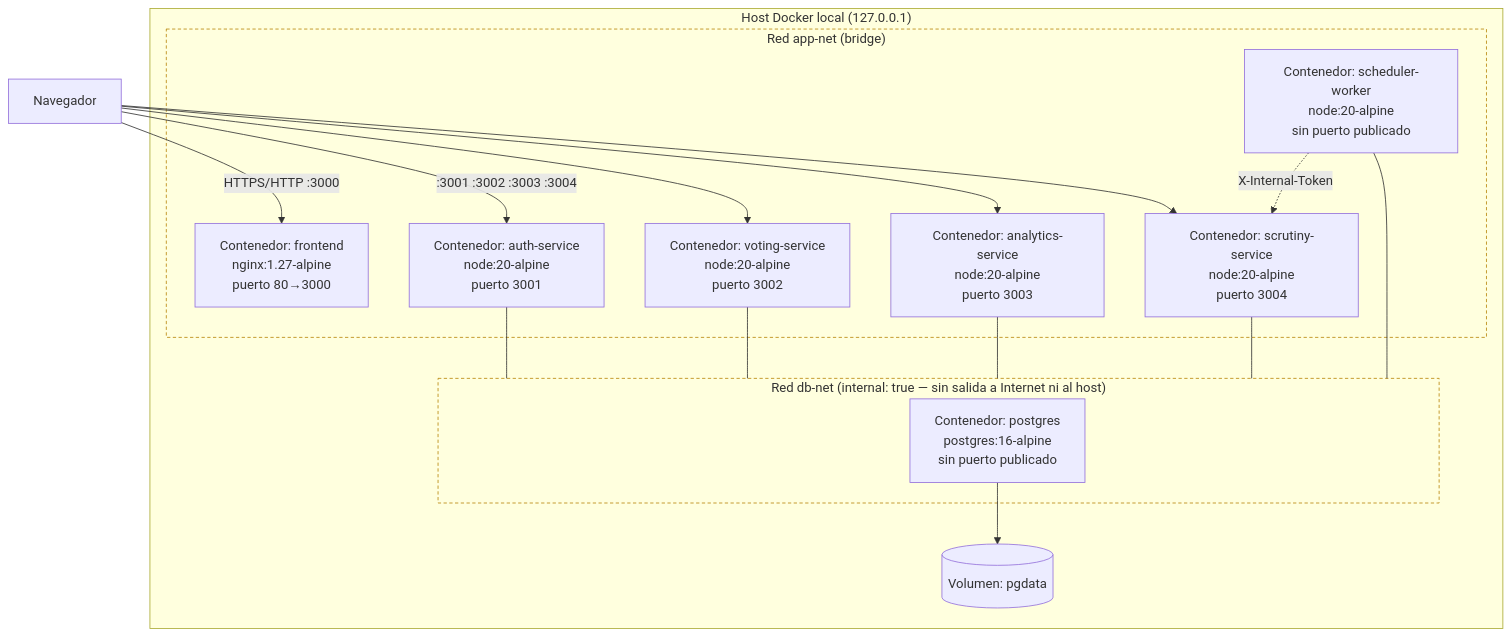
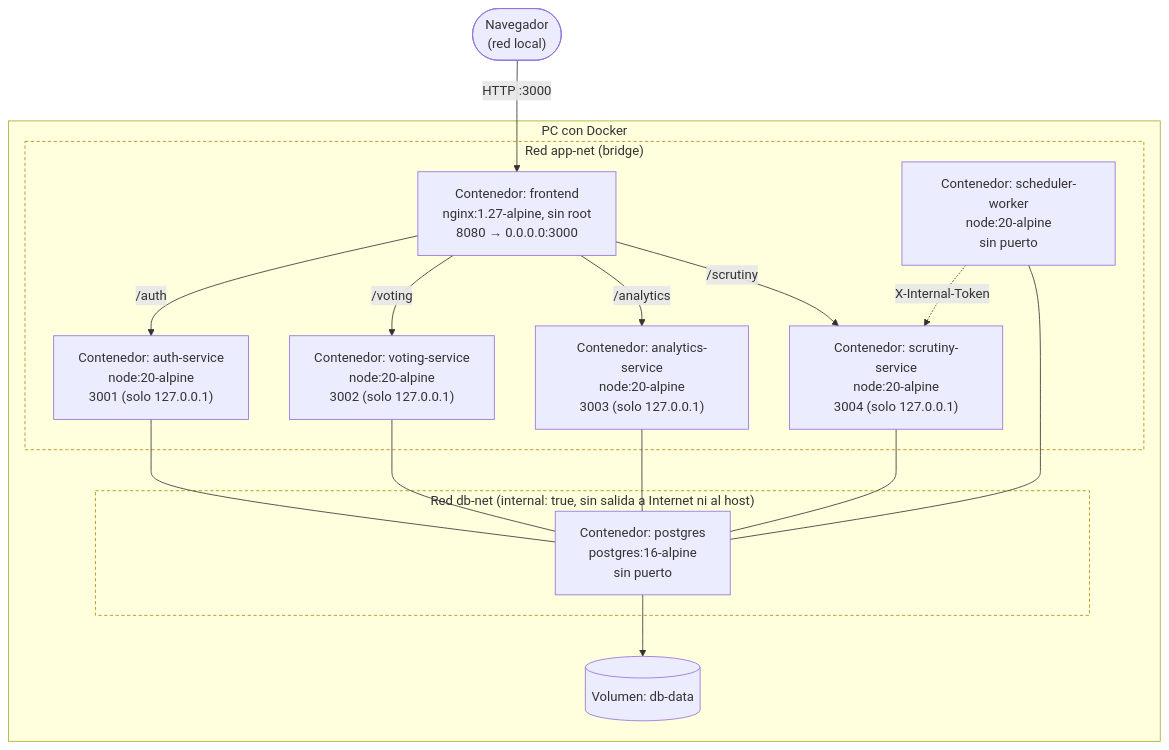
The second of 5 diagrams in docs/manual-arquitectura.md (NicolasPineda1421/LiveMetric), drawn with Mermaid before and after one commit. The commit also changed other lines of this file, not shown here.

````diff
--- a/docs/manual-arquitectura.md
+++ b/docs/manual-arquitectura.md
@@ -149,35 +149,37 @@
 ```mermaid
 graph TB
-    subgraph Host["Host Docker local (127.0.0.1)"]
+    Navegador(["Navegador<br/>(red local)"])
+
+    subgraph Host["PC con Docker"]
         subgraph appnet["Red app-net (bridge)"]
-            C_FE["Contenedor: frontend<br/>nginx:1.27-alpine<br/>puerto 80→3000"]
-            C_AUTH["Contenedor: auth-service<br/>node:20-alpine<br/>puerto 3001"]
-            C_VOTING["Contenedor: voting-service<br/>node:20-alpine<br/>puerto 3002"]
-            C_ANALYTICS["Contenedor: analytics-service<br/>node:20-alpine<br/>puerto 3003"]
-            C_SCRUTINY["Contenedor: scrutiny-service<br/>node:20-alpine<br/>puerto 3004"]
-            C_SCHED["Contenedor: scheduler-worker<br/>node:20-alpine<br/>sin puerto publicado"]
+            C_FE["Contenedor: frontend<br/>nginx:1.27-alpine, sin root<br/>8080 → 0.0.0.0:3000"]
+            C_AUTH["Contenedor: auth-service<br/>node:20-alpine<br/>3001 (solo 127.0.0.1)"]
+            C_VOTING["Contenedor: voting-service<br/>node:20-alpine<br/>3002 (solo 127.0.0.1)"]
+            C_ANALYTICS["Contenedor: analytics-service<br/>node:20-alpine<br/>3003 (solo 127.0.0.1)"]
+            C_SCRUTINY["Contenedor: scrutiny-service<br/>node:20-alpine<br/>3004 (solo 127.0.0.1)"]
+            C_SCHED["Contenedor: scheduler-worker<br/>node:20-alpine<br/>sin puerto"]
         end
-        subgraph dbnet["Red db-net (internal: true — sin salida a Internet ni al host)"]
-            C_DB["Contenedor: postgres<br/>postgres:16-alpine<br/>sin puerto publicado"]
+        subgraph dbnet["Red db-net (internal: true, sin salida a Internet ni al host)"]
+            C_DB["Contenedor: postgres<br/>postgres:16-alpine<br/>sin puerto"]
         end
-        V_PG[("Volumen: pgdata")]
+        V_PG[("Volumen: db-data")]
     end
 
-    Navegador -->|"HTTPS/HTTP :3000"| C_FE
-    Navegador -->|":3001 :3002 :3003 :3004"| C_AUTH
-    Navegador --> C_VOTING
-    Navegador --> C_ANALYTICS
-    Navegador --> C_SCRUTINY
+    Navegador -->|"HTTP :3000"| C_FE
+    C_FE -->|"/auth"| C_AUTH
+    C_FE -->|"/voting"| C_VOTING
+    C_FE -->|"/analytics"| C_ANALYTICS
+    C_FE -->|"/scrutiny"| C_SCRUTINY
+    C_SCHED -.->|"X-Internal-Token"| C_SCRUTINY
 
-    C_AUTH --- dbnet
-    C_VOTING --- dbnet
-    C_ANALYTICS --- dbnet
-    C_SCRUTINY --- dbnet
-    C_SCHED --- dbnet
-    C_SCHED -.->|"X-Internal-Token"| C_SCRUTINY
+    C_AUTH --- C_DB
+    C_VOTING --- C_DB
+    C_ANALYTICS --- C_DB
+    C_SCRUTINY --- C_DB
+    C_SCHED --- C_DB
 
     C_DB --> V_PG
 
     classDef net fill:none,stroke:#b8860b,stroke-dasharray: 4 3;
     class appnet,dbnet net;
 ```
````
